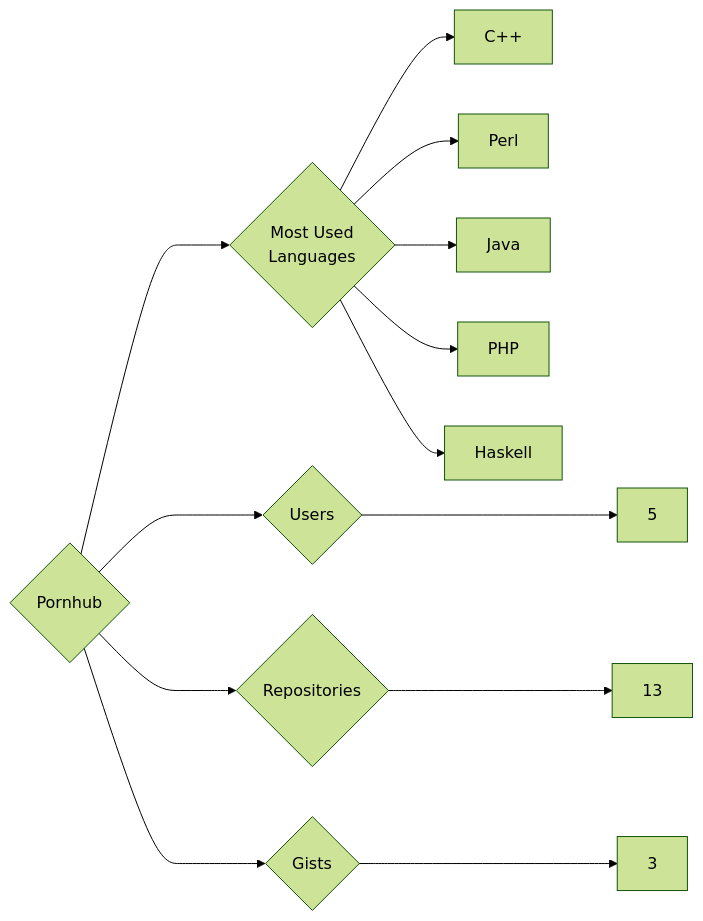
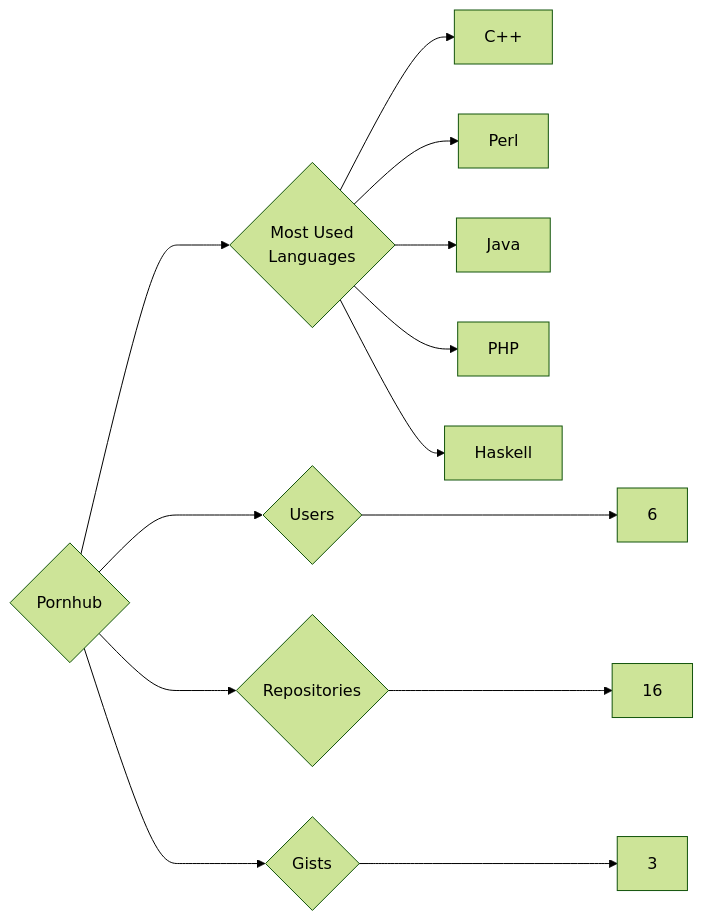
The diagram in targets/Pornhub/README.md (trickest/insiders), drawn with Mermaid (forest theme) before and after one commit. The commit also changed 871 other files, not shown here.

````diff
--- a/targets/Pornhub/README.md
+++ b/targets/Pornhub/README.md
@@ -3,13 +3,13 @@
 ```mermaid
 graph LR
 COMPANY_NAME{Pornhub}
-COMPANY_NAME ---> U{Users} ---> UN[5]
-COMPANY_NAME ---> R{Repositories} ---> RN[13]
+COMPANY_NAME ---> U{Users} ---> UN[6]
+COMPANY_NAME ---> R{Repositories} ---> RN[16]
 COMPANY_NAME ---> G{Gists} ---> GN[3]
 COMPANY_NAME ---> ML{Most Used<br>Languages}
 ML --> C++[C++]
 ML --> Perl[Perl]
 ML --> Java[Java]
 ML --> PHP[PHP]
 ML --> Haskell[Haskell]
 ```
````
